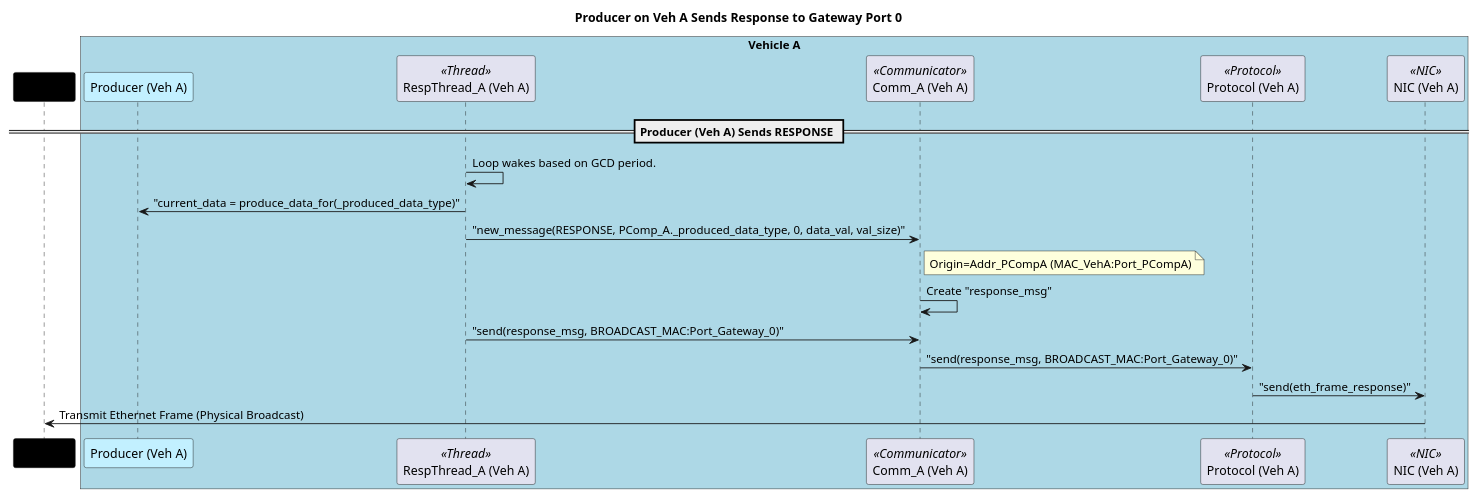
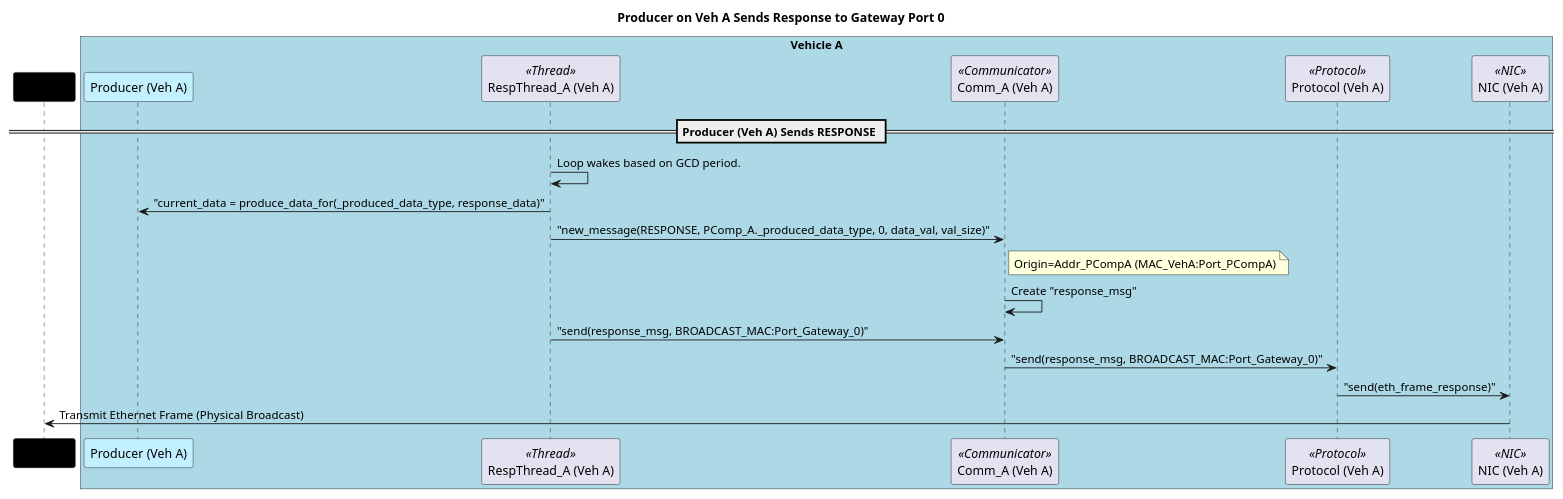
One commit to jcconnects/UFSC-INE5424 changed the diagram in doc/implementationPlanP3/3-producer_sends_response.puml. Above: the diagram before and after it, drawn with PlantUML. The commit also changed 1 other file, not shown here.

Commit message:
fine adjustments in the P3 diagrams

```diff
--- a/doc/implementationPlanP3/3-producer_sends_response.puml
+++ b/doc/implementationPlanP3/3-producer_sends_response.puml
@@ -1,34 +1,34 @@
 @startuml Producer Sends Response Flow (Inter-Vehicle)
 
 title Producer on Veh A Sends Response to Gateway Port 0
 
 participant PComp_A as "Producer (Veh A)" #Application
 participant PRespT_A as "RespThread_A (Veh A)" <<Thread>>
 participant PComm_A as "Comm_A (Veh A)" <<Communicator>>
 participant Proto_A as "Protocol (Veh A)" <<Protocol>>
 participant NIC_A as "NIC (Veh A)" <<NIC>>
 
 participant Network #Black
 
 box "Vehicle A" #LightBlue
     participant PComp_A
     participant PRespT_A
     participant PComm_A
     participant Proto_A
     participant NIC_A
 end box
 
 == Producer (Veh A) Sends RESPONSE ==
 
 PRespT_A -> PRespT_A : Loop wakes based on GCD period.
-PRespT_A -> PComp_A : "current_data = produce_data_for(_produced_data_type)"
+PRespT_A -> PComp_A : "current_data = produce_data_for(_produced_data_type, response_data)"
 PRespT_A -> PComm_A : "new_message(RESPONSE, PComp_A._produced_data_type, 0, data_val, val_size)"
 note right of PComm_A: Origin=Addr_PCompA (MAC_VehA:Port_PCompA)
 PComm_A -> PComm_A : Create "response_msg"
 PRespT_A -> PComm_A : "send(response_msg, BROADCAST_MAC:Port_Gateway_0)"
 
 PComm_A -> Proto_A : "send(response_msg, BROADCAST_MAC:Port_Gateway_0)"
 Proto_A -> NIC_A : "send(eth_frame_response)"
 NIC_A -> Network : Transmit Ethernet Frame (Physical Broadcast)
 
 @enduml 
```
